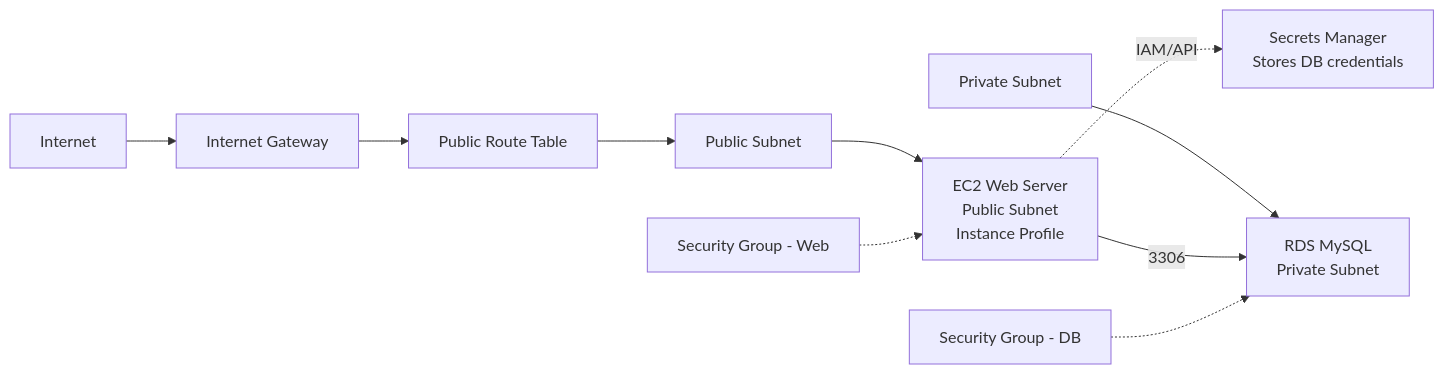
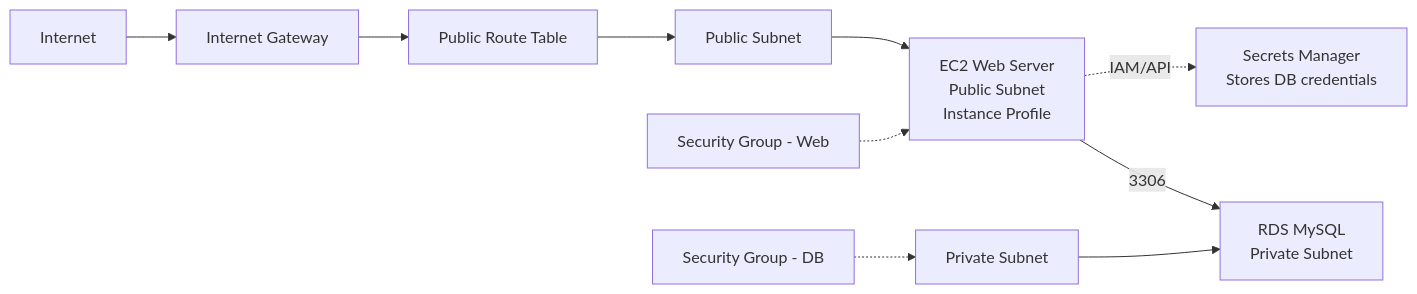
Before and after one commit to bvskarthik18/IaC_using_Terraform: the diagram in 01-aws-tf-web-db-stack/README.md, drawn with Mermaid.

Commit message:
updated Architecture Diagram

````diff
--- a/01-aws-tf-web-db-stack/README.md
+++ b/01-aws-tf-web-db-stack/README.md
@@ -23,25 +23,25 @@
 ```mermaid
 graph LR
   Internet[Internet]
   IGW[Internet Gateway]
   RT[Public Route Table]
   Pub[Public Subnet]
   Priv[Private Subnet]
   EC2["EC2 Web Server<br/>Public Subnet<br/>Instance Profile"]
   RDS["RDS MySQL<br/>Private Subnet"]
   Secrets["Secrets Manager<br/>Stores DB credentials"]
   SG_WEB["Security Group - Web"]
   SG_DB["Security Group - DB"]
 
   Internet --> IGW
   IGW --> RT
   RT --> Pub
   Pub --> EC2
-  Priv --> RDS
+  
 
   EC2 -.->|IAM/API| Secrets
   EC2 -->|3306| RDS
 
   SG_WEB -.-> EC2
-  SG_DB -.-> RDS
+  SG_DB -.-> Priv --> RDS
 ```
````
